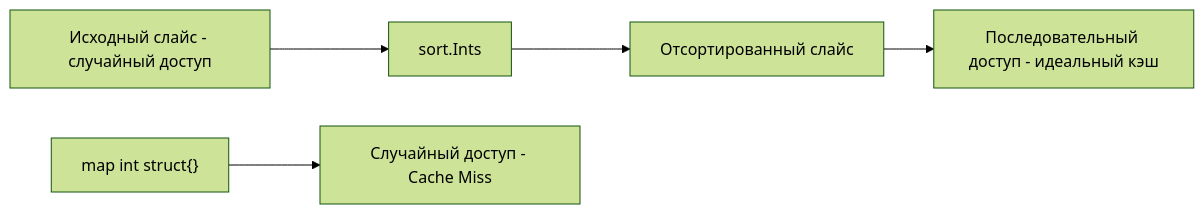
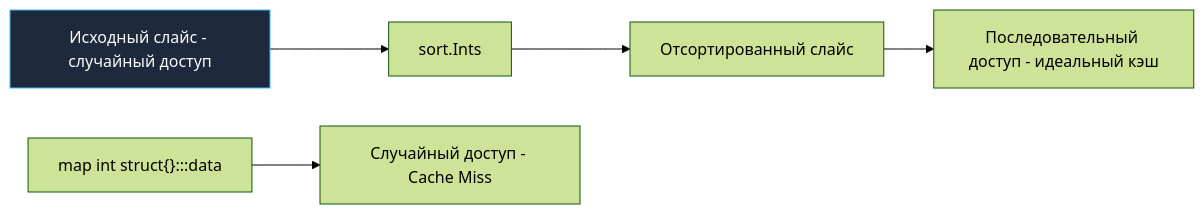
One commit to UnrealTemplier/go-textbook changed the diagram in sources/21. Задачи с LeetCode и собеседований на Go/02. Задачи/05. Хеш таблицы/7. Contains Duplicate.md. Above: the diagram before and after it, drawn with Mermaid (forest theme). The commit also changed 1666 other files, not shown here.

First line of the commit message:
feat(mermaid): add semantic color classDef to 1369 colorless flowchart/graph diagrams

````diff
--- a/sources/21. Задачи с LeetCode и собеседований на Go/02. Задачи/05. Хеш таблицы/7. Contains Duplicate.md
+++ b/sources/21. Задачи с LeetCode и собеседований на Go/02. Задачи/05. Хеш таблицы/7. Contains Duplicate.md
@@ -56,8 +56,18 @@
 ```mermaid
 flowchart LR
-    A["Исходный слайс - случайный доступ"] --> B["sort.Ints"]
+    classDef process  fill:#1e293b,stroke:#38bdf8,stroke-width:1px,color:#f8fafc
+    classDef success  fill:#064e3b,stroke:#34d399,stroke-width:1px,color:#f8fafc
+    classDef error    fill:#7f1d1d,stroke:#f87171,stroke-width:1px,color:#f8fafc
+    classDef warning  fill:#78350f,stroke:#fbbf24,stroke-width:1px,color:#f8fafc
+    classDef entry    fill:#1e3a5f,stroke:#38bdf8,stroke-width:2px,color:#f8fafc
+    classDef aux      fill:#334155,stroke:#64748b,stroke-width:1px,color:#f8fafc
+    classDef system   fill:#312e81,stroke:#a78bfa,stroke-width:1px,color:#f8fafc
+    classDef data     fill:#132d29,stroke:#2dd4bf,stroke-width:1px,color:#f8fafc
+    classDef network  fill:#881337,stroke:#fb7185,stroke-width:1px,color:#f8fafc
+    classDef accent   fill:#1e1b4b,stroke:#818cf8,stroke-width:1px,color:#f8fafc
+    A["Исходный слайс - случайный доступ"]:::process --> B["sort.Ints"]
     B --> C["Отсортированный слайс"]
     C --> D["Последовательный доступ - идеальный кэш"]
     
-    E["map int struct{}"] --> F["Случайный доступ - Cache Miss"]
+    E["map int struct{}:::data"] --> F["Случайный доступ - Cache Miss"]
 ```
````
